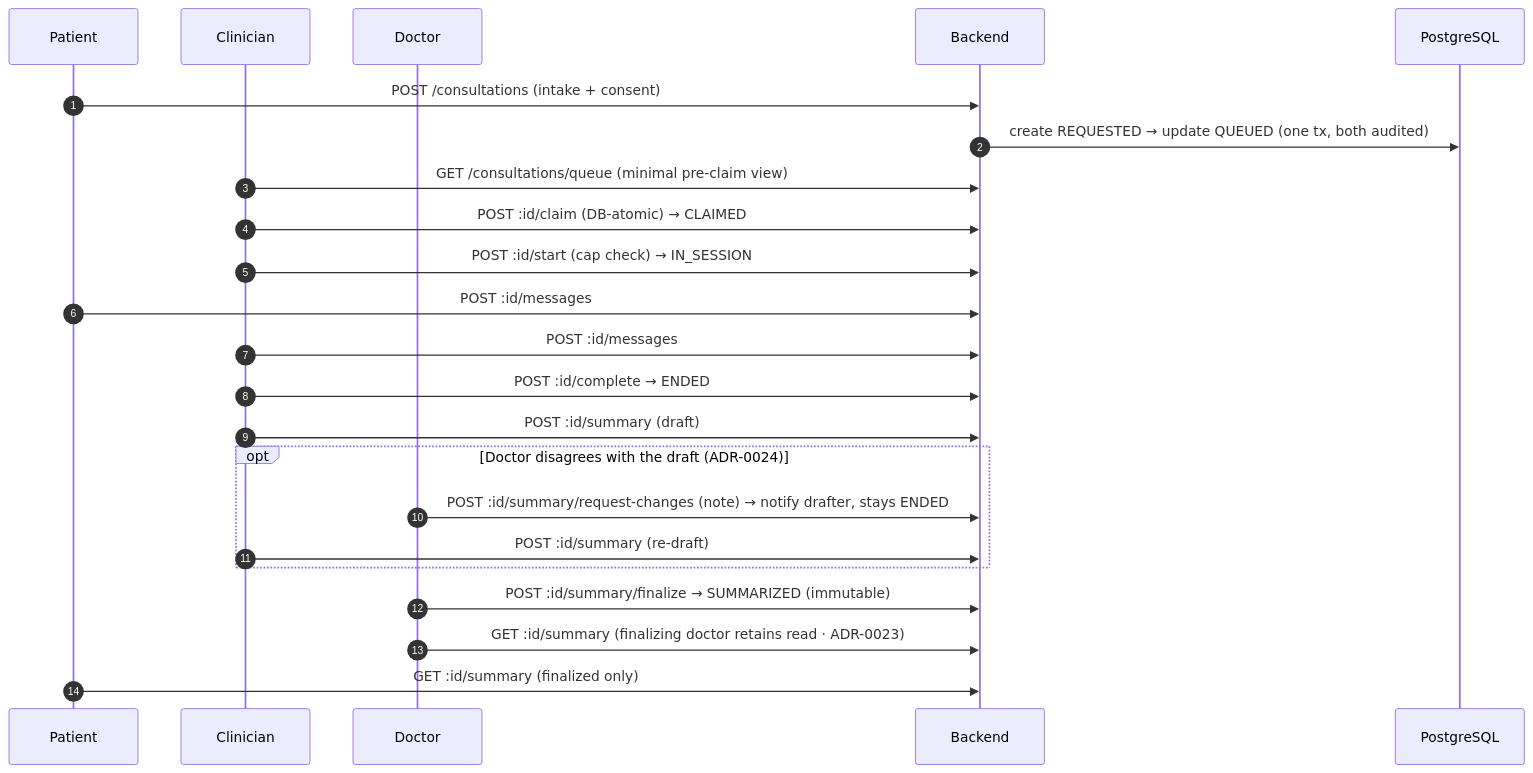
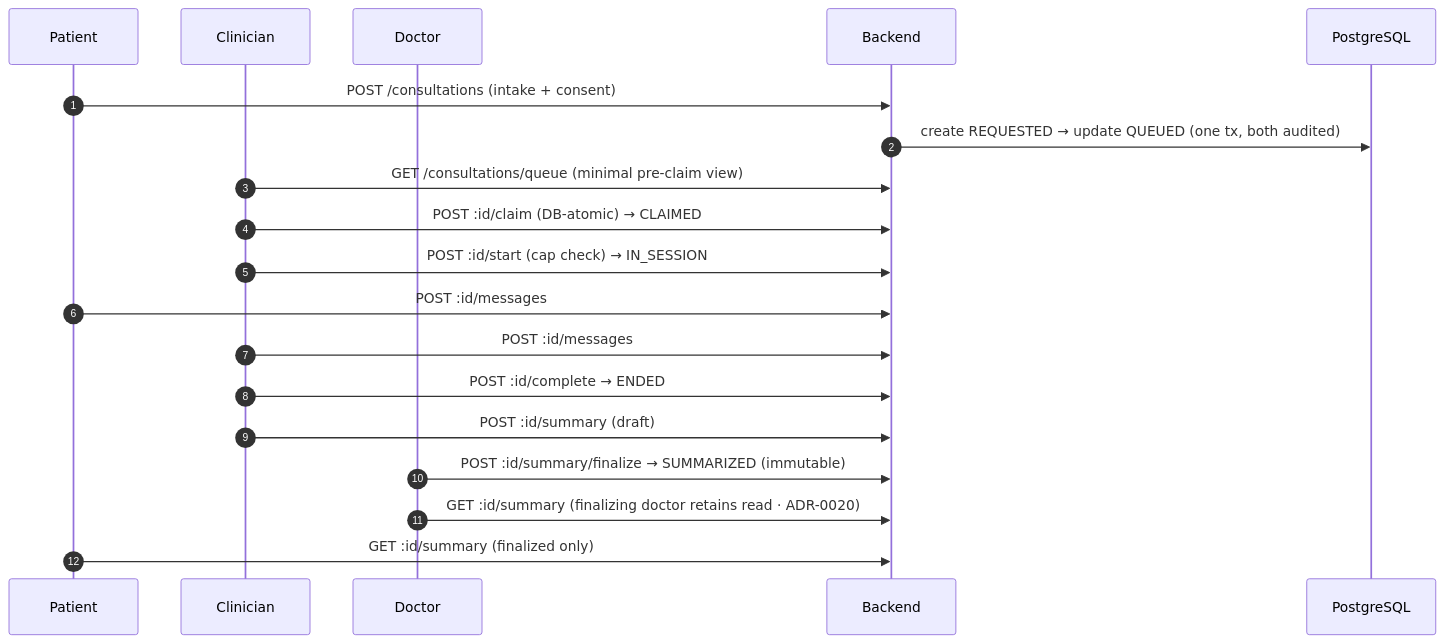
The sixth of 13 diagrams in docs/architecture.md (akritiupreti/virtual-consultation-platform), drawn with Mermaid before and after one commit. The commit also changed other lines of this file and 193 other files, not shown here.

First line of the commit message:
refactor: simplify consultation workflow and fix data-model diagram

````diff
--- a/docs/architecture.md
+++ b/docs/architecture.md
@@ -258,26 +242,22 @@
 ```mermaid
 sequenceDiagram
     autonumber
     participant P as Patient
     participant C as Clinician
     participant D as Doctor
     participant API as Backend
     participant DB as PostgreSQL
 
     P->>API: POST /consultations (intake + consent)
     API->>DB: create REQUESTED → update QUEUED (one tx, both audited)
     C->>API: GET /consultations/queue (minimal pre-claim view)
     C->>API: POST :id/claim  (DB-atomic) → CLAIMED
     C->>API: POST :id/start  (cap check) → IN_SESSION
     P->>API: POST :id/messages
     C->>API: POST :id/messages
     C->>API: POST :id/complete → ENDED
     C->>API: POST :id/summary (draft)
-    opt Doctor disagrees with the draft (ADR-0024)
-        D->>API: POST :id/summary/request-changes (note) → notify drafter, stays ENDED
-        C->>API: POST :id/summary (re-draft)
-    end
     D->>API: POST :id/summary/finalize → SUMMARIZED (immutable)
-    D->>API: GET :id/summary (finalizing doctor retains read · ADR-0023)
+    D->>API: GET :id/summary (finalizing doctor retains read · ADR-0020)
     P->>API: GET :id/summary (finalized only)
 ```
````
